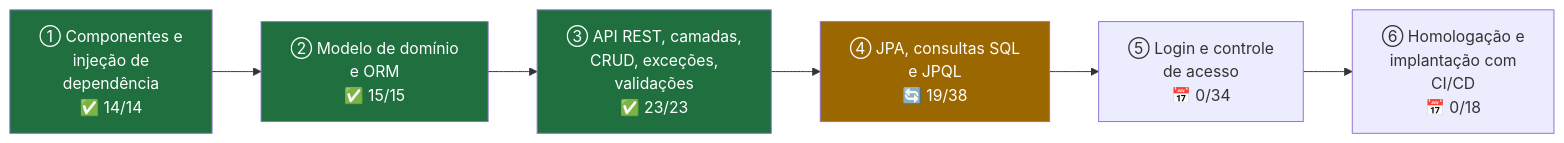
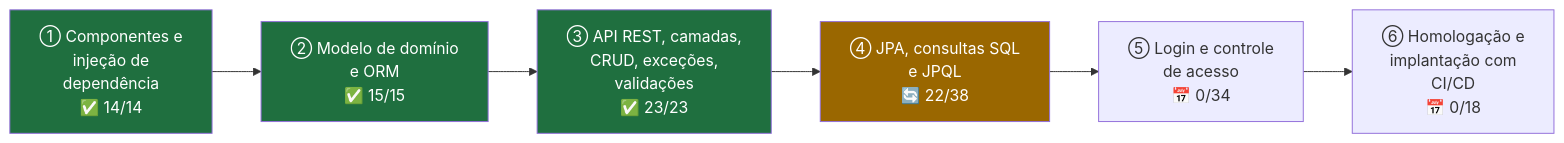
One commit to k3vinrich4rd/k3vinrich4rd changed diagram 20 of 22 in README.md. Above: the diagram before and after it, drawn with Mermaid. The commit also changed other lines of this file and 6 other files, not shown here.

````diff
--- a/README.md
+++ b/README.md
@@ -2706,8 +2708,8 @@
 ```mermaid
 flowchart LR
-    C1["① Componentes e<br/>injeção de<br/>dependência<br/>✅ 14/14"] --> C2["② Modelo de domínio<br/>e ORM<br/>✅ 15/15"] --> C3["③ API REST, camadas,<br/>CRUD, exceções,<br/>validações<br/>✅ 23/23"] --> C4["④ JPA, consultas SQL<br/>e JPQL<br/>🔄 19/38"] --> C5["⑤ Login e controle<br/>de acesso<br/>📅 0/34"] --> C6["⑥ Homologação e<br/>implantação com<br/>CI/CD<br/>📅 0/18"]
+    C1["① Componentes e<br/>injeção de<br/>dependência<br/>✅ 14/14"] --> C2["② Modelo de domínio<br/>e ORM<br/>✅ 15/15"] --> C3["③ API REST, camadas,<br/>CRUD, exceções,<br/>validações<br/>✅ 23/23"] --> C4["④ JPA, consultas SQL<br/>e JPQL<br/>🔄 22/38"] --> C5["⑤ Login e controle<br/>de acesso<br/>📅 0/34"] --> C6["⑥ Homologação e<br/>implantação com<br/>CI/CD<br/>📅 0/18"]
     style C1 fill:#1f6f3f,color:#fff
     style C2 fill:#1f6f3f,color:#fff
     style C3 fill:#1f6f3f,color:#fff
     style C4 fill:#9a6700,color:#fff
 ```
````
